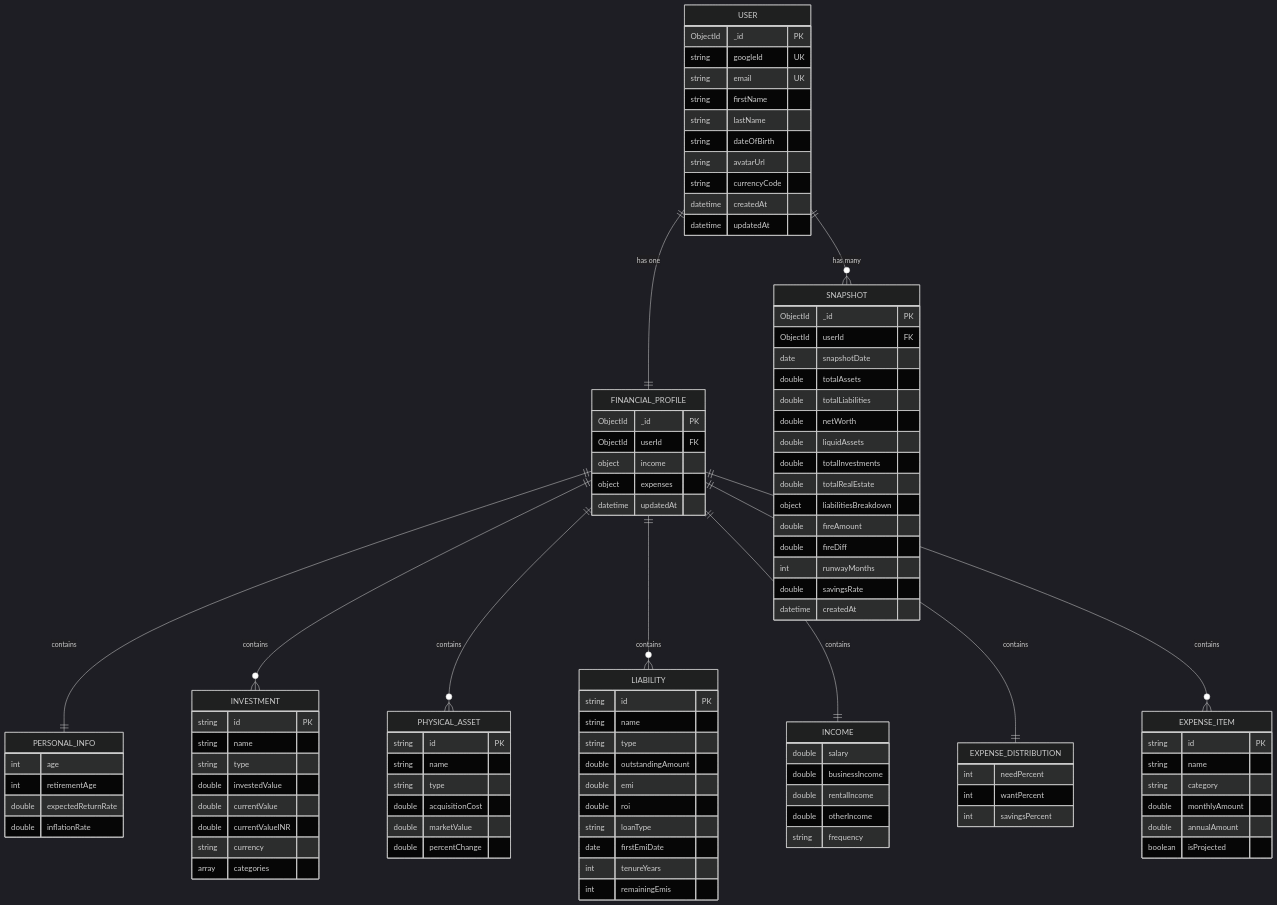
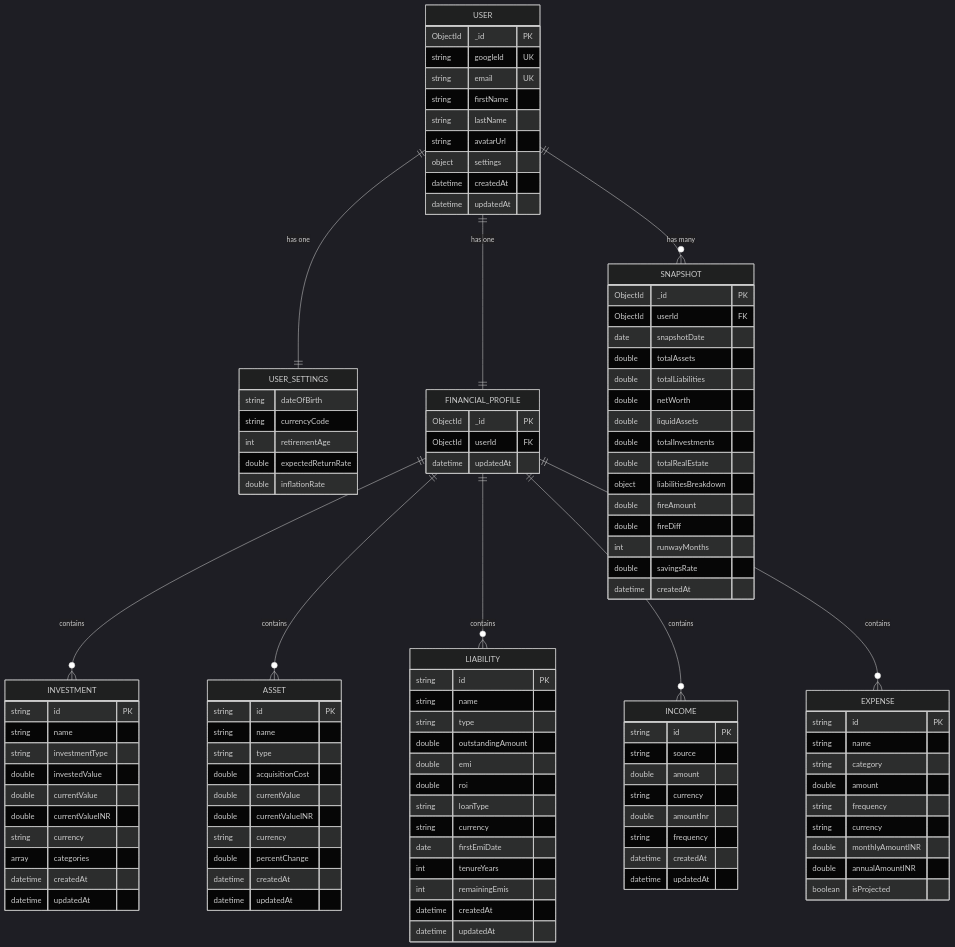
Before and after one commit to jayy2kok/networth: the second of 2 diagrams in docs/architecture.md, drawn with Mermaid (dark theme). The commit also changed other lines of this file and 1 other file, not shown here.

````diff
--- a/docs/architecture.md
+++ b/docs/architecture.md
@@ -89,46 +89,50 @@
         string email UK
         string firstName
         string lastName
-        string dateOfBirth
         string avatarUrl
-        string currencyCode
+        object settings
         datetime createdAt
         datetime updatedAt
+    }
+
+    USER_SETTINGS {
+        string dateOfBirth
+        string currencyCode
+        int retirementAge
+        double expectedReturnRate
+        double inflationRate
     }
 
     FINANCIAL_PROFILE {
         ObjectId _id PK
         ObjectId userId FK
-        object income
-        object expenses
         datetime updatedAt
-    }
-
-    PERSONAL_INFO {
-        int age
-        int retirementAge
-        double expectedReturnRate
-        double inflationRate
     }
 
     INVESTMENT {
         string id PK
         string name
-        string type
+        string investmentType
         double investedValue
         double currentValue
         double currentValueINR
         string currency
         array categories
+        datetime createdAt
+        datetime updatedAt
     }
 
-    PHYSICAL_ASSET {
+    ASSET {
         string id PK
         string name
         string type
         double acquisitionCost
-        double marketValue
+        double currentValue
+        double currentValueINR
+        string currency
         double percentChange
+        datetime createdAt
+        datetime updatedAt
     }
 
     LIABILITY {
@@ -139,31 +143,34 @@
         double emi
         double roi
         string loanType
+        string currency
         date firstEmiDate
         int tenureYears
         int remainingEmis
+        datetime createdAt
+        datetime updatedAt
     }
 
     INCOME {
-        double salary
-        double businessIncome
-        double rentalIncome
-        double otherIncome
+        string id PK
+        string source
+        double amount
+        string currency
+        double amountInr
         string frequency
+        datetime createdAt
+        datetime updatedAt
     }
 
-    EXPENSE_DISTRIBUTION {
-        int needPercent
-        int wantPercent
-        int savingsPercent
-    }
-
-    EXPENSE_ITEM {
+    EXPENSE {
         string id PK
         string name
         string category
-        double monthlyAmount
-        double annualAmount
+        double amount
+        string frequency
+        string currency
+        double monthlyAmountINR
+        double annualAmountINR
         boolean isProjected
     }
 
@@ -187,11 +194,10 @@
 
     USER ||--|| FINANCIAL_PROFILE : "has one"
     USER ||--o{ SNAPSHOT : "has many"
-    FINANCIAL_PROFILE ||--|| PERSONAL_INFO : "contains"
+    USER ||--|| USER_SETTINGS : "has one"
     FINANCIAL_PROFILE ||--o{ INVESTMENT : "contains"
-    FINANCIAL_PROFILE ||--o{ PHYSICAL_ASSET : "contains"
+    FINANCIAL_PROFILE ||--o{ ASSET : "contains"
     FINANCIAL_PROFILE ||--o{ LIABILITY : "contains"
-    FINANCIAL_PROFILE ||--|| INCOME : "contains"
-    FINANCIAL_PROFILE ||--|| EXPENSE_DISTRIBUTION : "contains"
-    FINANCIAL_PROFILE ||--o{ EXPENSE_ITEM : "contains"
+    FINANCIAL_PROFILE ||--o{ INCOME : "contains"
+    FINANCIAL_PROFILE ||--o{ EXPENSE : "contains"
 ```
````
